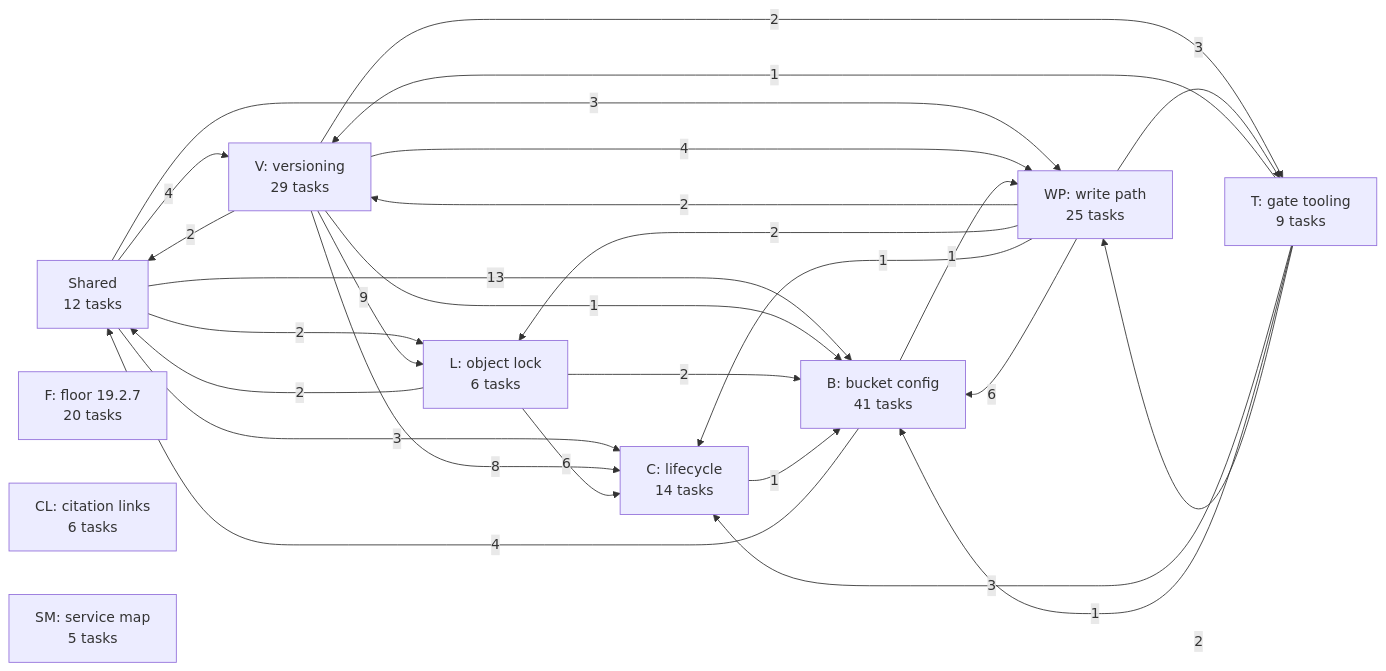
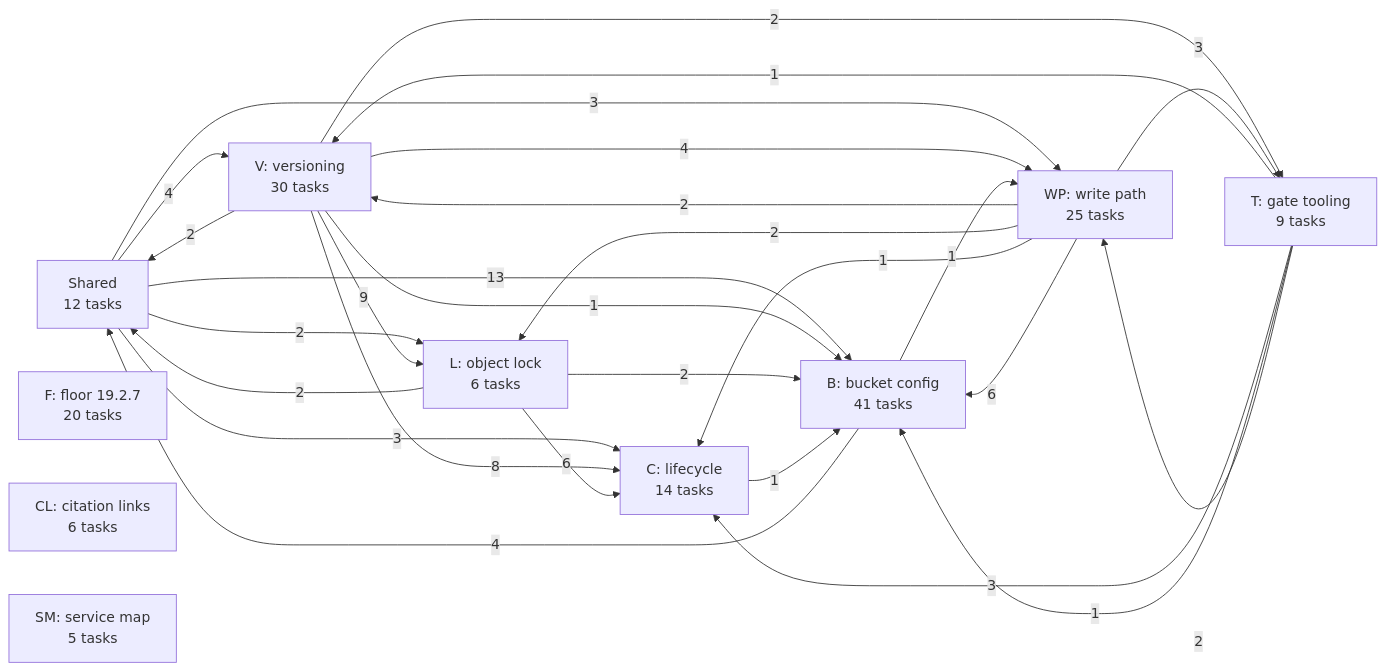
One commit to jhoblitt/rgw-go changed the first of 11 diagrams in docs/superpowers/plans/2026-10-13-phase-2/dependencies.md. Above: the diagram before and after it, drawn with Mermaid. The commit also changed other lines of this file and 2 other files, not shown here.

````diff
--- a/docs/superpowers/plans/2026-10-13-phase-2/dependencies.md
+++ b/docs/superpowers/plans/2026-10-13-phase-2/dependencies.md
@@ -13,39 +13,39 @@
 ```mermaid
 flowchart LR
   u_S["Shared<br/>12 tasks"]
   u_F["F: floor 19.2.7<br/>20 tasks"]
-  u_V["V: versioning<br/>29 tasks"]
+  u_V["V: versioning<br/>30 tasks"]
   u_L["L: object lock<br/>6 tasks"]
   u_C["C: lifecycle<br/>14 tasks"]
   u_B["B: bucket config<br/>41 tasks"]
   u_WP["WP: write path<br/>25 tasks"]
   u_T["T: gate tooling<br/>9 tasks"]
   u_CL["CL: citation links<br/>6 tasks"]
   u_SM["SM: service map<br/>5 tasks"]
   u_S -->|4| u_V
   u_S -->|2| u_L
   u_S -->|3| u_C
   u_S -->|13| u_B
   u_S -->|3| u_WP
   u_V -->|2| u_S
   u_V -->|9| u_L
   u_V -->|8| u_C
   u_V -->|1| u_B
   u_V -->|4| u_WP
   u_V -->|2| u_T
   u_L -->|6| u_C
   u_L -->|2| u_B
   u_L -->|2| u_S
   u_C -->|1| u_B
   u_B -->|4| u_S
   u_B -->|1| u_WP
   u_WP -->|2| u_V
   u_WP -->|2| u_L
   u_WP -->|1| u_C
   u_WP -->|6| u_B
   u_WP -->|3| u_T
   u_T -->|1| u_V
   u_T -->|3| u_C
   u_T -->|1| u_B
   u_T -->|2| u_WP
 ```
````
